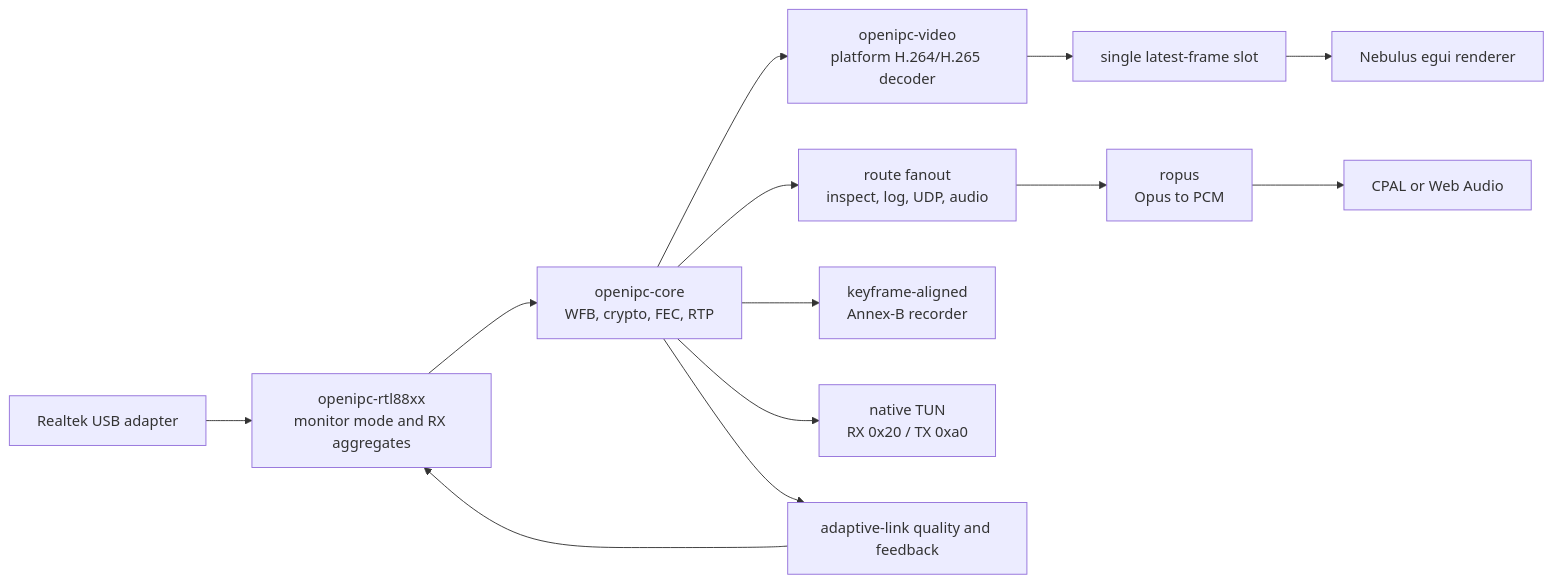
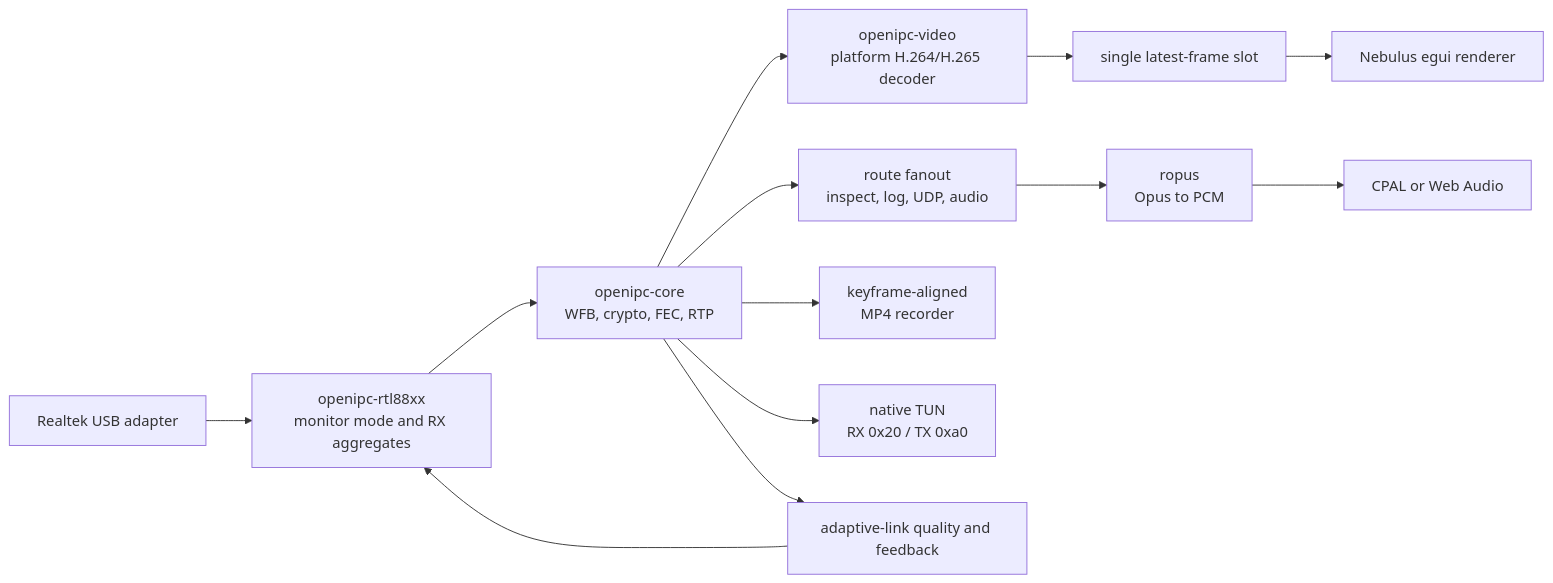
One commit to neelsani/openipc-rs changed the diagram in docs/docs/nebulus.md. Above: the diagram before and after it, drawn with Mermaid. The commit also changed other lines of this file and 82 other files, not shown here.

````diff
--- a/docs/docs/nebulus.md
+++ b/docs/docs/nebulus.md
@@ -22,15 +26,15 @@
 ```mermaid
 flowchart LR
     USB["Realtek USB adapter"] --> RTL["openipc-rtl88xx<br/>monitor mode and RX aggregates"]
     RTL --> Core["openipc-core<br/>WFB, crypto, FEC, RTP"]
     Core --> Video["openipc-video<br/>platform H.264/H.265 decoder"]
     Core --> Routes["route fanout<br/>inspect, log, UDP, audio"]
-    Core --> Record["keyframe-aligned<br/>Annex-B recorder"]
+    Core --> Record["keyframe-aligned<br/>MP4 recorder"]
     Core --> Tun["native TUN<br/>RX 0x20 / TX 0xa0"]
     Routes --> Opus["ropus<br/>Opus to PCM"]
     Opus --> Audio["CPAL or Web Audio"]
     Video --> Latest["single latest-frame slot"]
     Latest --> Egui["Nebulus egui renderer"]
     Core --> Link["adaptive-link quality and feedback"]
     Link --> RTL
 ```
````
